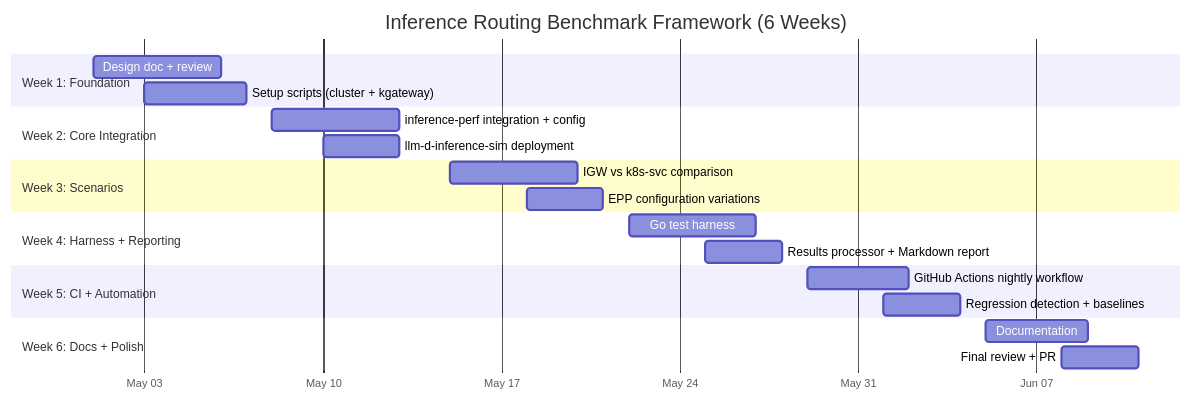
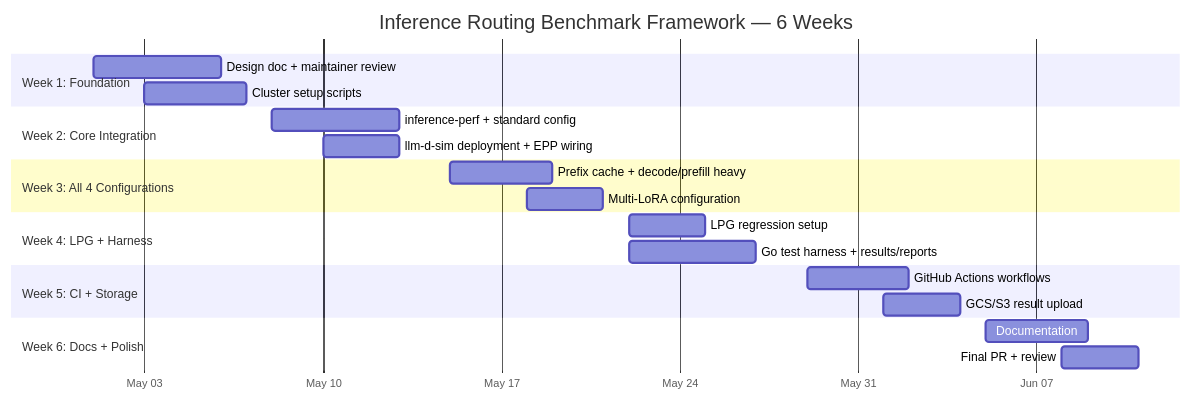
One commit to 1Shubham7/knotes changed the sixth of 6 diagrams in teamp.md. Above: the diagram before and after it, drawn with Mermaid. The commit also changed other lines of this file, not shown here.

````diff
--- a/teamp.md
+++ b/teamp.md
@@ -602,30 +495,30 @@
 ```mermaid
 gantt
-    title Inference Routing Benchmark Framework (6 Weeks)
+    title Inference Routing Benchmark Framework — 6 Weeks
     dateFormat YYYY-MM-DD
     axisFormat %b %d
 
     section Week 1: Foundation
-    Design doc + review                    :des, 2026-05-01, 5d
-    Setup scripts (cluster + kgateway)     :setup, 2026-05-03, 4d
+    Design doc + maintainer review     :des,   2026-05-01, 5d
+    Cluster setup scripts              :setup, 2026-05-03, 4d
 
     section Week 2: Core Integration
-    inference-perf integration + config    :ip, 2026-05-08, 5d
-    llm-d-inference-sim deployment         :sim, 2026-05-10, 3d
+    inference-perf + standard config   :ip,    2026-05-08, 5d
+    llm-d-sim deployment + EPP wiring  :sim,   2026-05-10, 3d
 
-    section Week 3: Scenarios
-    IGW vs k8s-svc comparison             :cmp, 2026-05-15, 5d
-    EPP configuration variations           :epp, 2026-05-18, 3d
+    section Week 3: All 4 Configurations
+    Prefix cache + decode/prefill heavy :cfg,  2026-05-15, 4d
+    Multi-LoRA configuration           :lora,  2026-05-18, 3d
 
-    section Week 4: Harness + Reporting
-    Go test harness                        :har, 2026-05-22, 5d
-    Results processor + Markdown report    :rpt, 2026-05-25, 3d
+    section Week 4: LPG + Harness
+    LPG regression setup               :lpg,   2026-05-22, 3d
+    Go test harness + results/reports  :har,   2026-05-22, 5d
 
-    section Week 5: CI + Automation
-    GitHub Actions nightly workflow        :ci, 2026-05-29, 4d
-    Regression detection + baselines       :reg, 2026-06-01, 3d
+    section Week 5: CI + Storage
+    GitHub Actions workflows           :ci,    2026-05-29, 4d
+    GCS/S3 result upload               :store, 2026-06-01, 3d
 
     section Week 6: Docs + Polish
-    Documentation                          :doc, 2026-06-05, 4d
-    Final review + PR                      :rev, 2026-06-08, 3d
+    Documentation                      :doc,   2026-06-05, 4d
+    Final PR + review                  :rev,   2026-06-08, 3d
 ```
````
